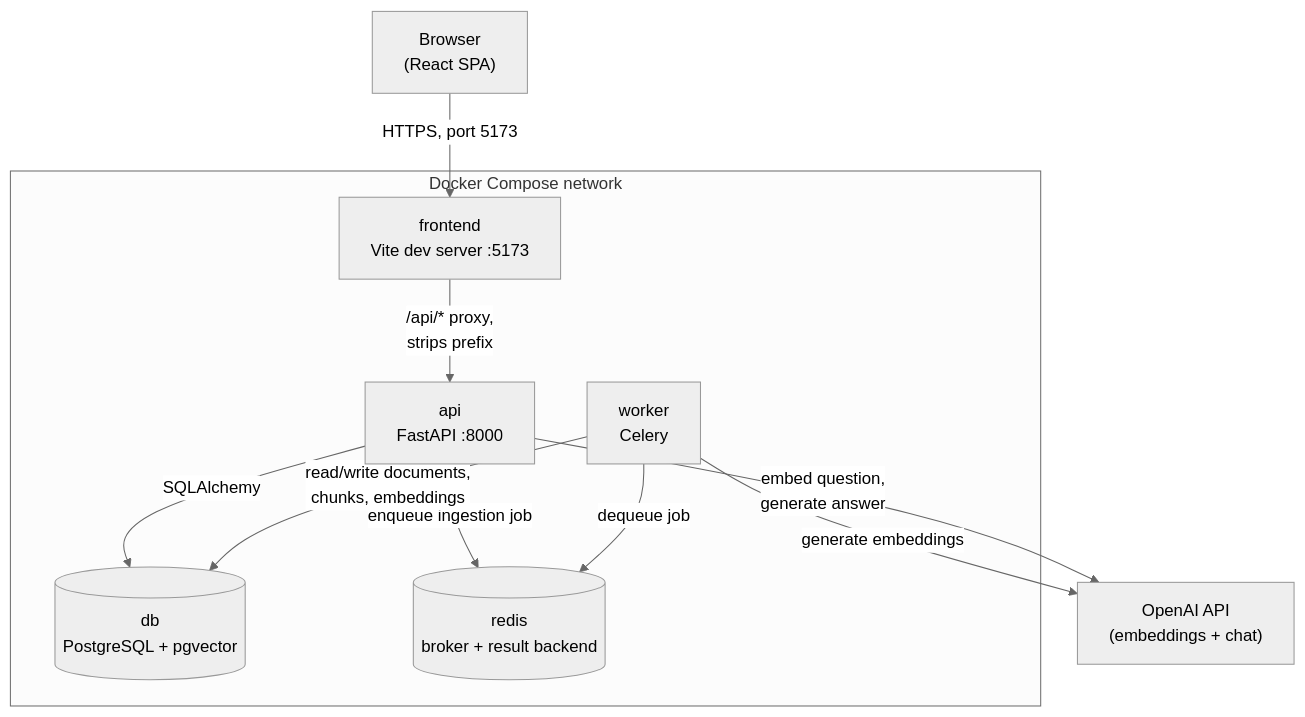
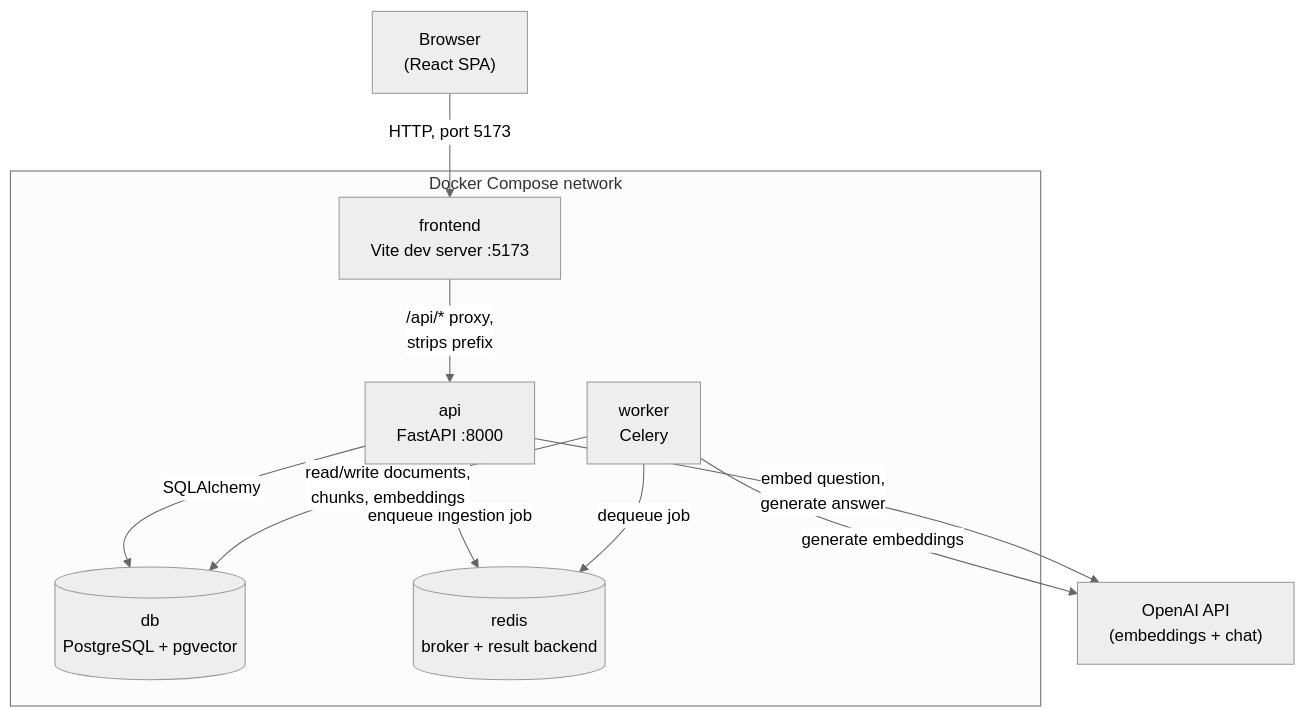
One commit to Tapan48/rag-document-qa changed the first of 3 diagrams in docs/ARCHITECTURE.md. Above: the diagram before and after it, drawn with Mermaid (neutral theme). The commit also changed other lines of this file and 3 other files, not shown here.

````diff
--- a/docs/ARCHITECTURE.md
+++ b/docs/ARCHITECTURE.md
@@ -5,23 +5,23 @@
 ```mermaid
 flowchart TB
     Browser["Browser<br/>(React SPA)"]
 
     subgraph Docker["Docker Compose network"]
         Frontend["frontend<br/>Vite dev server :5173"]
         API["api<br/>FastAPI :8000"]
         Worker["worker<br/>Celery"]
         DB[("db<br/>PostgreSQL + pgvector")]
         Redis[("redis<br/>broker + result backend")]
     end
 
     OpenAI["OpenAI API<br/>(embeddings + chat)"]
 
-    Browser -->|"HTTPS, port 5173"| Frontend
+    Browser -->|"HTTP, port 5173"| Frontend
     Frontend -->|"/api/* proxy,<br/>strips prefix"| API
     API -->|"SQLAlchemy"| DB
     API -->|"enqueue ingestion job"| Redis
     Worker -->|"dequeue job"| Redis
     Worker -->|"read/write documents,<br/>chunks, embeddings"| DB
     Worker -->|"generate embeddings"| OpenAI
     API -->|"embed question,<br/>generate answer"| OpenAI
 ```
````
